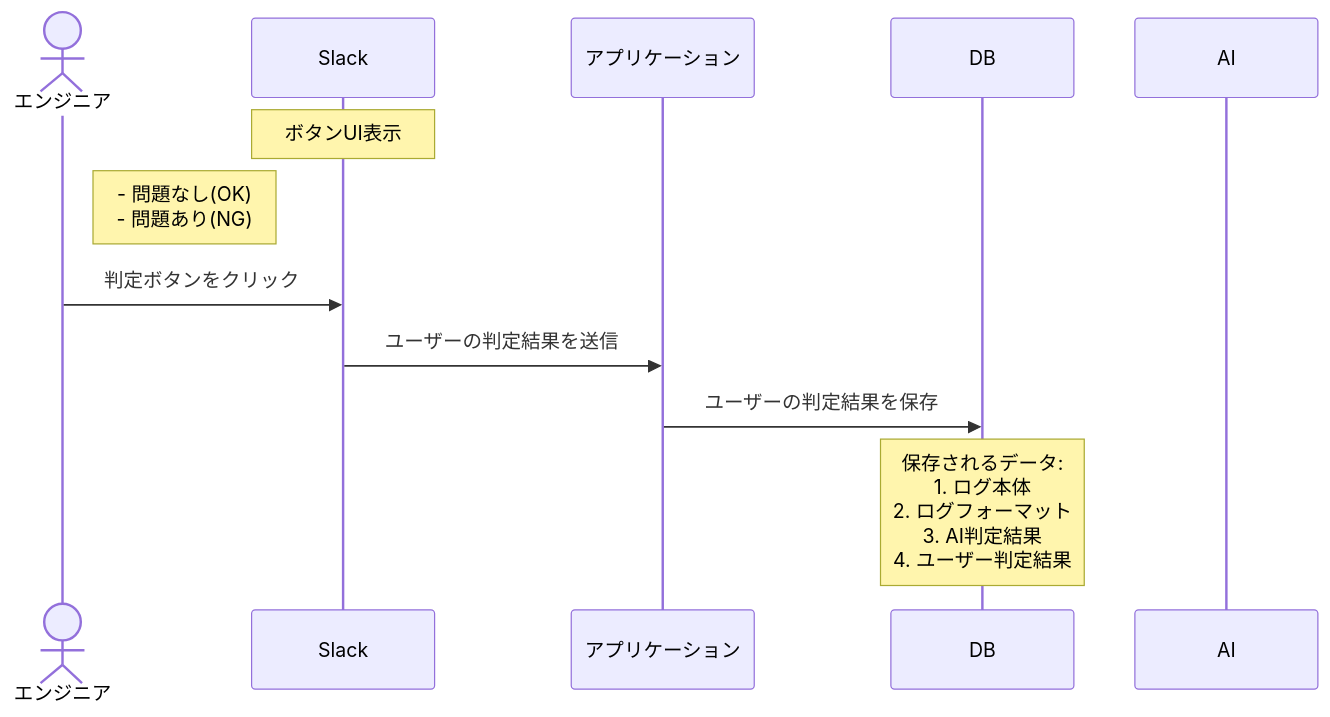
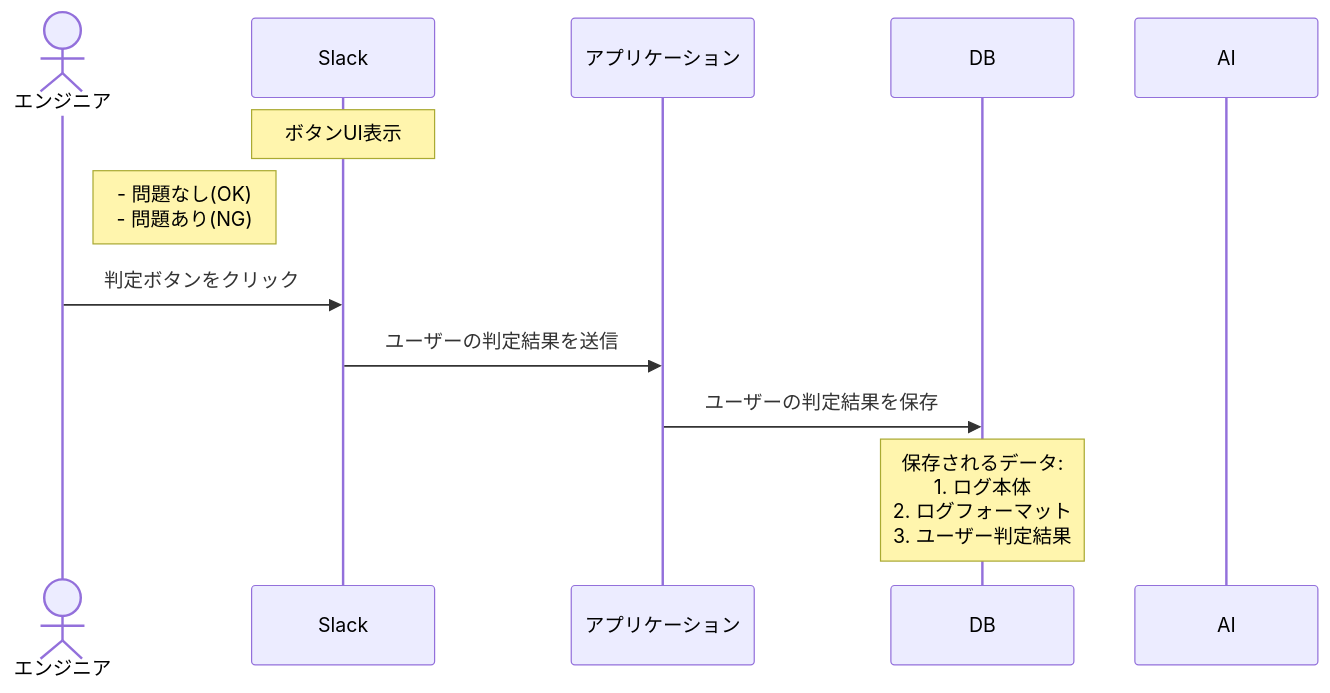
The second of 2 diagrams in design-doc.md (yoshihiro-shu/observation-haki), drawn with Mermaid before and after one commit.

````diff
--- a/design-doc.md
+++ b/design-doc.md
@@ -38,17 +38,17 @@
 ```mermaid
 sequenceDiagram
     actor User as エンジニア
     participant Slack
     participant App as アプリケーション
     participant DB
     participant AI
 
     Note over Slack: ボタンUI表示
     Note right of User: - 問題なし(OK)<br>- 問題あり(NG)
 
     User->>Slack: 判定ボタンをクリック
     Slack->>App: ユーザーの判定結果を送信
     App->>DB: ユーザーの判定結果を保存
 
-    Note over DB: 保存されるデータ:<br>1. ログ本体<br>2. ログフォーマット<br>3. AI判定結果<br>4. ユーザー判定結果
+    Note over DB: 保存されるデータ:<br>1. ログ本体<br>2. ログフォーマット<br>3. ユーザー判定結果
 ```
````
